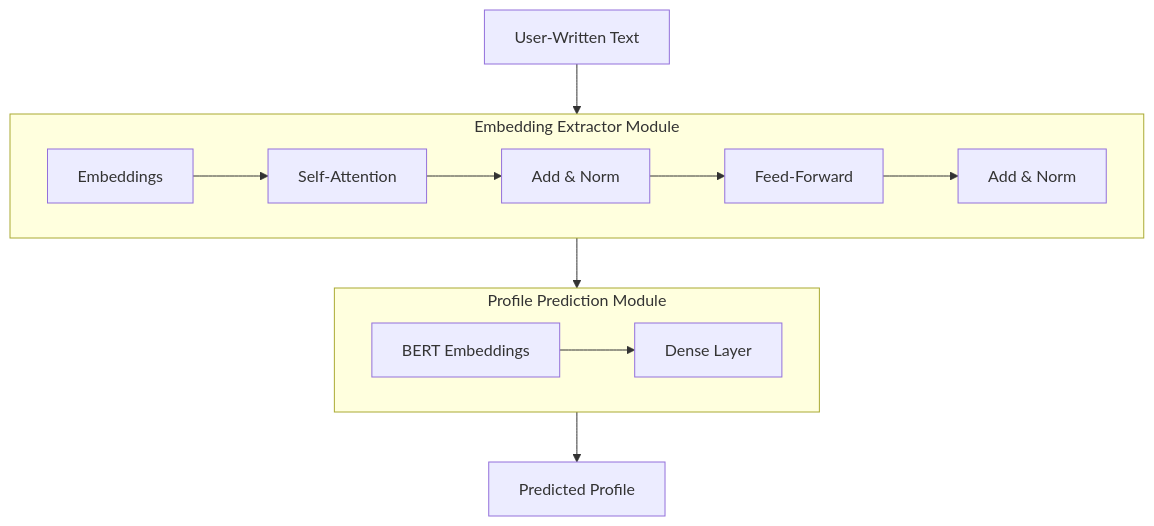
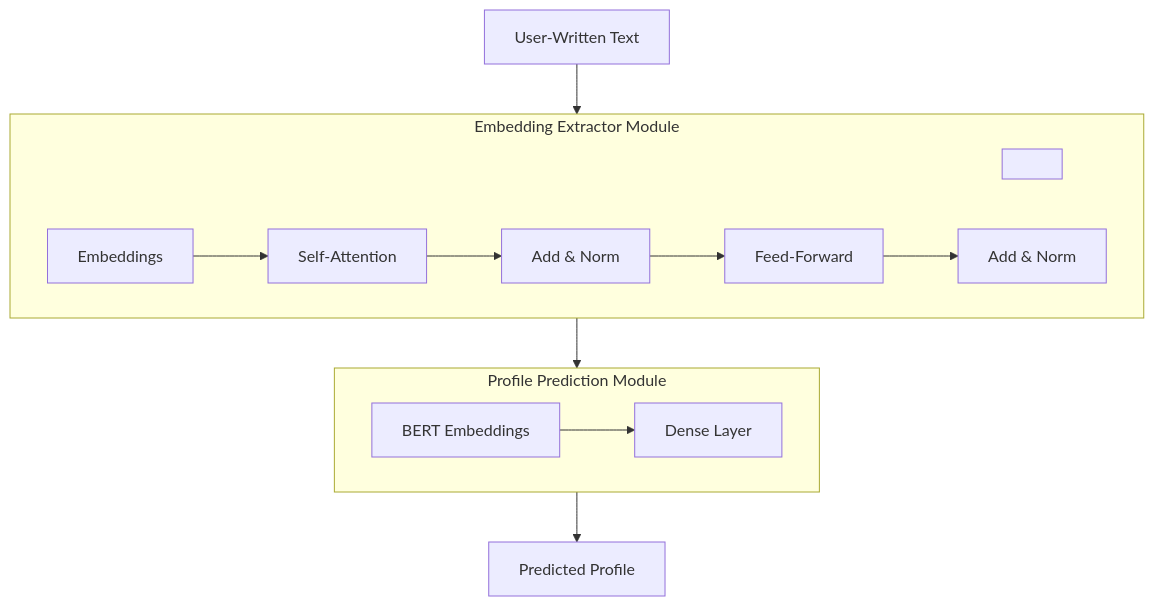
Before and after one commit to hansung-prism-lab/sw-industry-collab-2025: the diagram in README.md, drawn with Mermaid. The commit also changed other lines of this file, not shown here.

````diff
--- a/README.md
+++ b/README.md
@@ -48,22 +48,23 @@
 ```mermaid
 flowchart TD
     A[User-Written Text] --> EMB
 
-     subgraph EMB[Embedding Extractor Module]
+     subgraph EMB[Embedding Extractor Module\n]
      	direction LR
+     	PAD1[ ]:::invisible
         E[Embeddings] --> SA[Self-Attention] --> AN1[Add & Norm] --> FF[Feed-Forward] -->AN2[Add & Norm]
     end
 
 	
     EMB --> Pred  
     subgraph Pred[Profile Prediction Module]
     	direction LR
     	BE[BERT Embeddings]
     	DL[Dense Layer]
     	
     	BE --> DL
     end
     
     Pred --> OUT[Predicted Profile]
 
 ```
````
